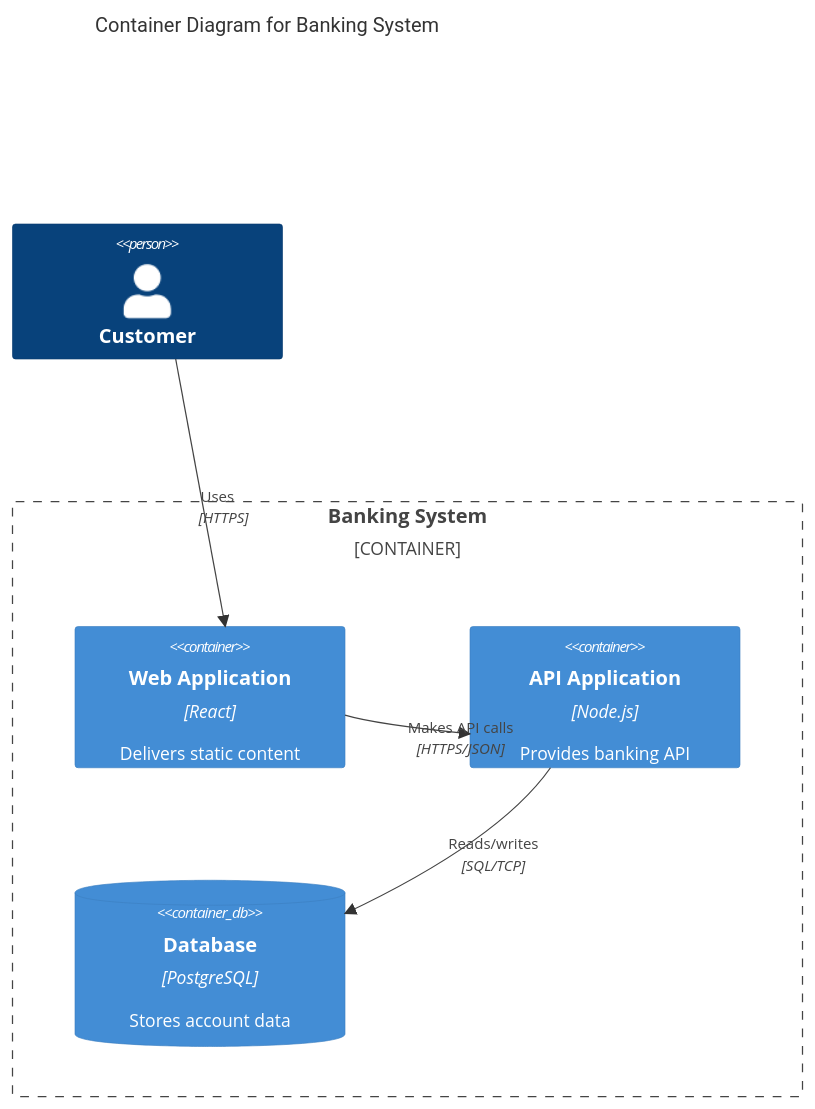
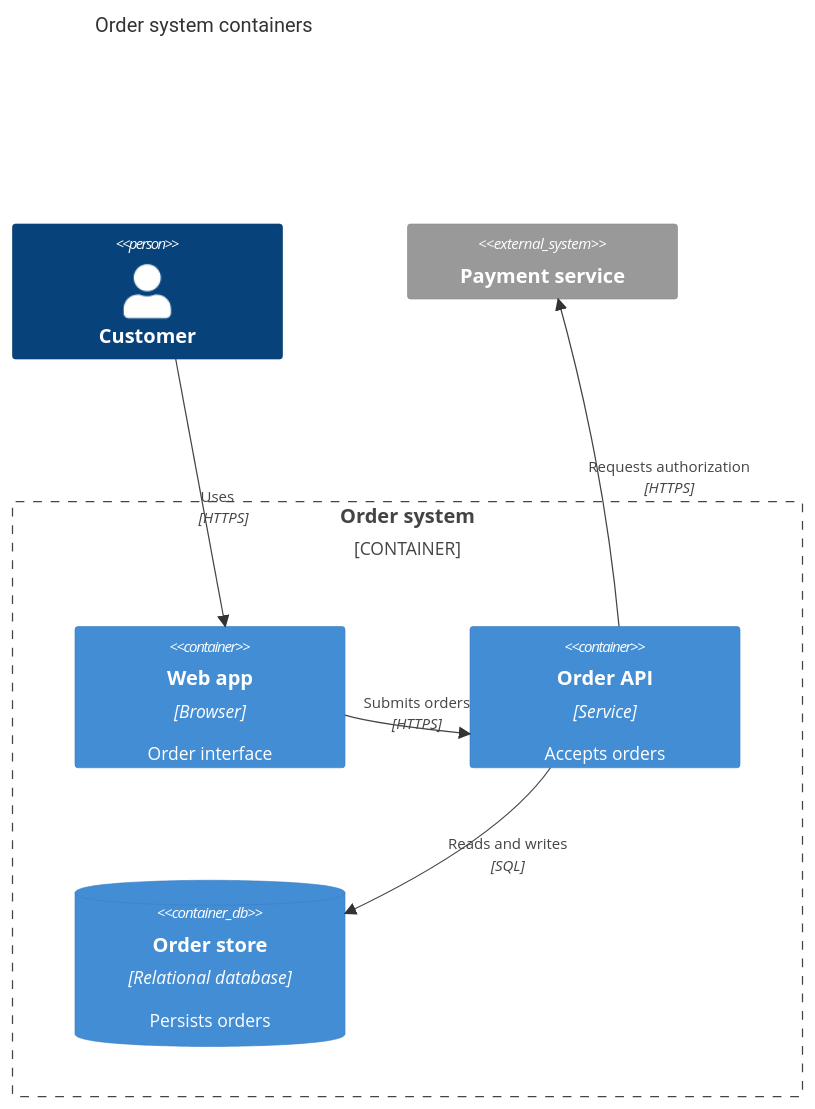
One commit to YongKyeom/agentic_engineering_settings changed the second of 3 diagrams in skills/mermaid-diagrams/references/c4-diagrams.md. Above: the diagram before and after it, drawn with Mermaid. The commit also changed other lines of this file and 15 other files, not shown here.

````diff
--- a/skills/mermaid-diagrams/references/c4-diagrams.md
+++ b/skills/mermaid-diagrams/references/c4-diagrams.md
@@ -96,16 +30,16 @@
 ```mermaid
 C4Container
-    title Container Diagram for Banking System
-    
+    title Order system containers
     Person(customer, "Customer")
-    
-    Container_Boundary(banking, "Banking System") {
-        Container(web, "Web Application", "React", "Delivers static content")
-        Container(api, "API Application", "Node.js", "Provides banking API")
-        ContainerDb(db, "Database", "PostgreSQL", "Stores account data")
+    System_Ext(payment, "Payment service")
+    Container_Boundary(orders, "Order system") {
+        Container(web, "Web app", "Browser", "Order interface")
+        Container(api, "Order API", "Service", "Accepts orders")
+        ContainerDb(db, "Order store", "Relational database", "Persists orders")
     }
-    
     Rel(customer, web, "Uses", "HTTPS")
-    Rel(web, api, "Makes API calls", "HTTPS/JSON")
-    Rel(api, db, "Reads/writes", "SQL/TCP")
+    Rel(web, api, "Submits orders", "HTTPS")
+    Rel(api, db, "Reads and writes", "SQL")
+    Rel(api, payment, "Requests authorization", "HTTPS")
+    UpdateRelStyle(web, api, $offsetX="-35", $offsetY="-20")
 ```
````
